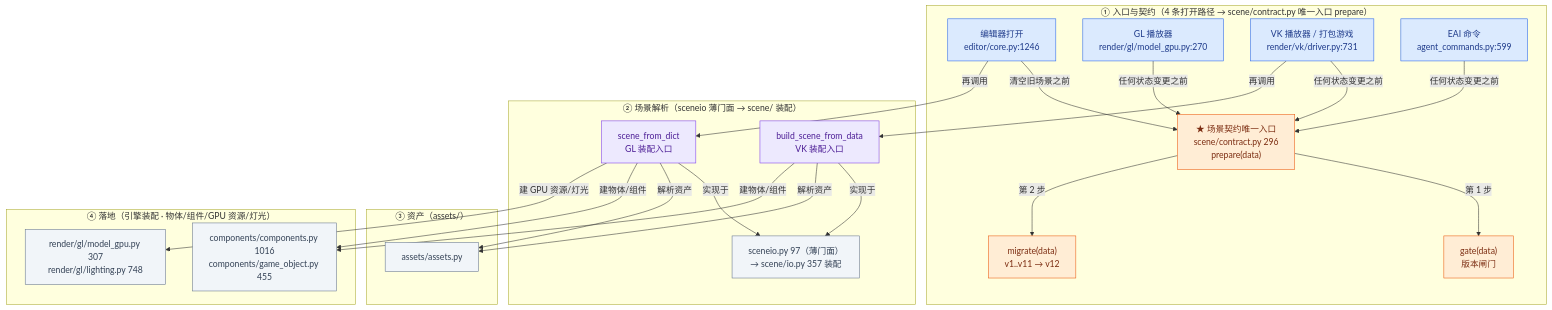
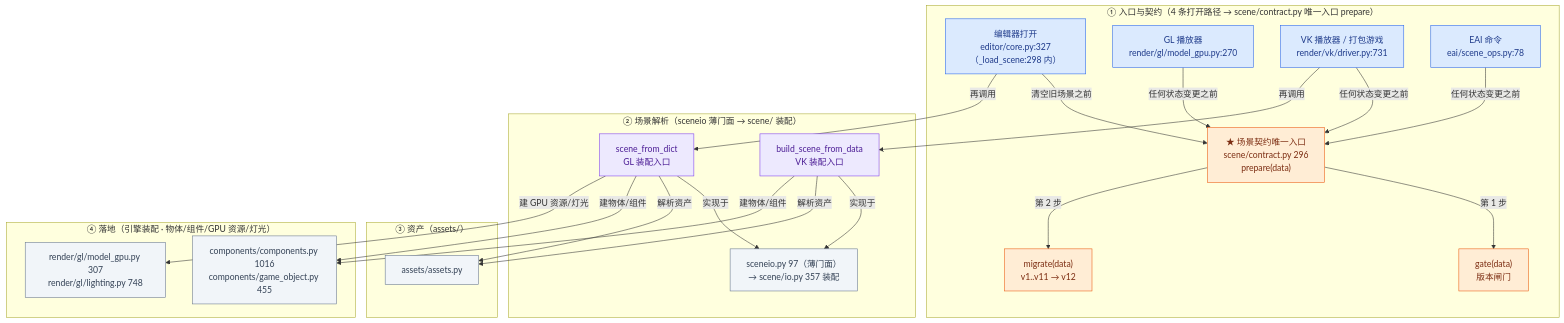
The sixth of 23 diagrams in ARCHITECTURE.md (lhy302/WeaveEngine), drawn with Mermaid before and after one commit. The commit also changed other lines of this file, not shown here.

First line of the commit message:
docs: ARCHITECTURE.md 同步 Q-B7-38-1 三批大文件拆分（逐项实测复核）

````diff
--- a/ARCHITECTURE.md
+++ b/ARCHITECTURE.md
@@ -422,43 +433,43 @@
 ```mermaid
 flowchart TB
   subgraph ENTRY["① 入口与契约（4 条打开路径 → scene/contract.py 唯一入口 prepare）"]
-    E1["编辑器打开<br/>editor/core.py:1246"]:::entry
+    E1["编辑器打开<br/>editor/core.py:327（_load_scene:298 内）"]:::entry
     E2["GL 播放器<br/>render/gl/model_gpu.py:270"]:::entry
     E3["VK 播放器 / 打包游戏<br/>render/vk/driver.py:731"]:::entry
-    E4["EAI 命令<br/>agent_commands.py:599"]:::entry
+    E4["EAI 命令<br/>eai/scene_ops.py:78"]:::entry
     C["★ 场景契约唯一入口<br/>scene/contract.py 296<br/>prepare(data)"]:::contract
     G1["gate(data)<br/>版本闸门"]:::contract
     G2["migrate(data)<br/>v1..v11 → v12"]:::contract
   end
   subgraph PARSE["② 场景解析（sceneio 薄门面 → scene/ 装配）"]
     A1["scene_from_dict<br/>GL 装配入口"]:::facade
     A2["build_scene_from_data<br/>VK 装配入口"]:::facade
     F1["sceneio.py 97（薄门面）<br/>→ scene/io.py 357 装配"]:::file
   end
   subgraph ASSET["③ 资产（assets/）"]
     F2["assets/assets.py"]:::file
   end
   subgraph LAND["④ 落地（引擎装配 · 物体/组件/GPU 资源/灯光）"]
     F3["components/components.py 1016<br/>components/game_object.py 455"]:::file
     F4["render/gl/model_gpu.py 307<br/>render/gl/lighting.py 748"]:::file
   end
   E1 -->|清空旧场景之前| C
   E2 -->|任何状态变更之前| C
   E3 -->|任何状态变更之前| C
   E4 -->|任何状态变更之前| C
   C -->|第 1 步| G1
   C -->|第 2 步| G2
   E1 -->|再调用| A1
   E3 -->|再调用| A2
   A1 -->|实现于| F1
   A2 -->|实现于| F1
   A1 -->|解析资产| F2
   A2 -->|解析资产| F2
   A1 -->|建物体/组件| F3
   A1 -->|建 GPU 资源/灯光| F4
   A2 -->|建物体/组件| F3
   classDef entry fill:#dbeafe,stroke:#2563eb,color:#1e3a8a
   classDef facade fill:#ede9fe,stroke:#7c3aed,color:#4c1d95
   classDef contract fill:#ffedd5,stroke:#ea580c,color:#7c2d12
   classDef file fill:#f1f5f9,stroke:#64748b,color:#334155
 ```
````
